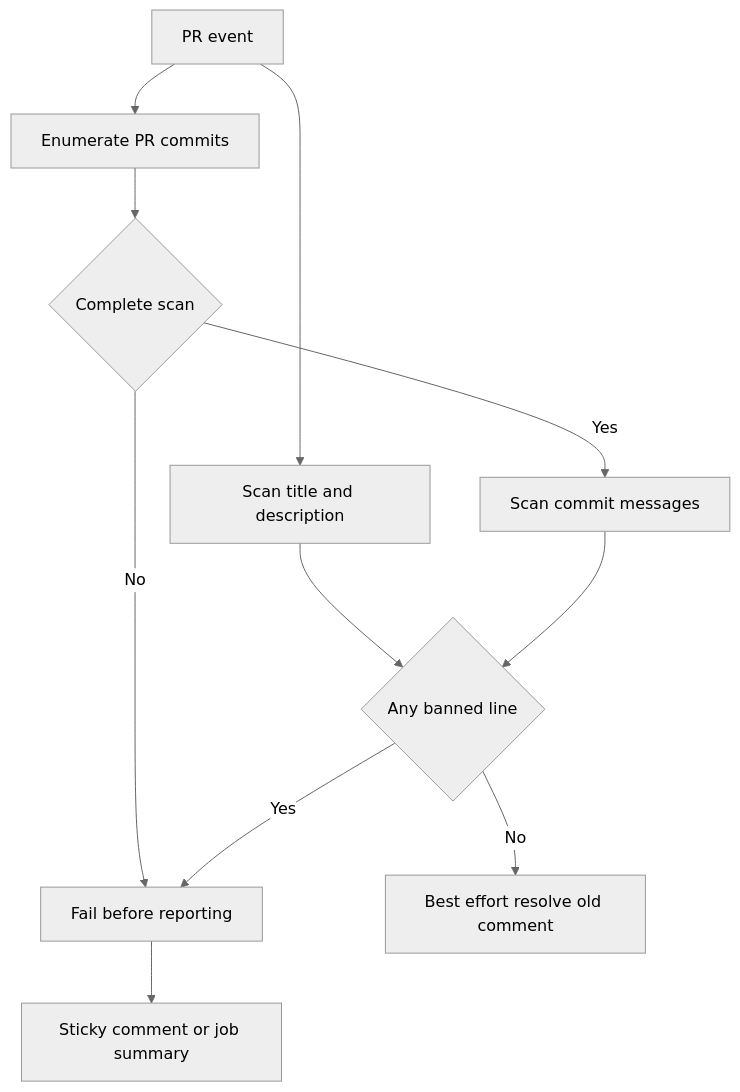
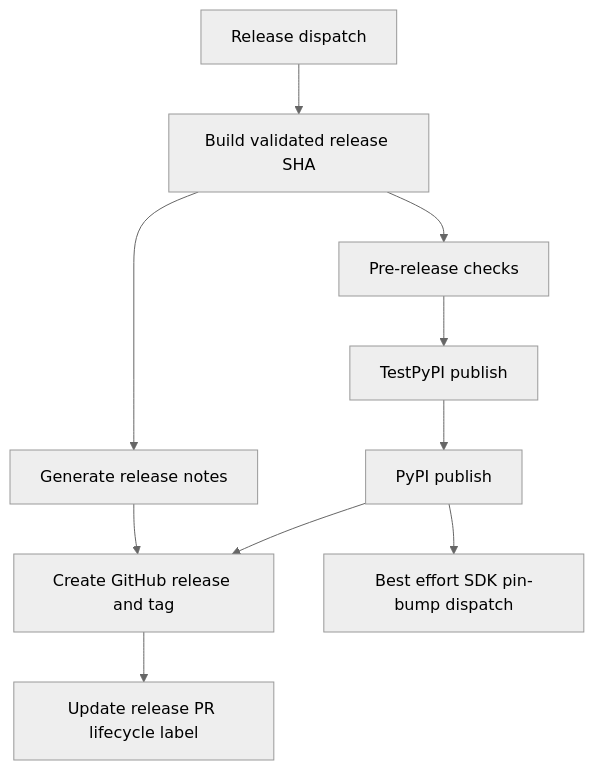
One commit to langchain-ai/deepagents changed the second of 2 diagrams in openwiki/operations/ci-labeling.md. Above: the diagram before and after it, drawn with Mermaid (neutral theme). The commit also changed other lines of this file and 34 other files, not shown here.

````diff
--- a/openwiki/operations/ci-labeling.md
+++ b/openwiki/operations/ci-labeling.md
@@ -163,13 +123,12 @@
 ```mermaid
 flowchart TD
-    Event["PR event"] --> Squash["Scan title and description"]
-    Event --> List["Enumerate PR commits"]
-    List --> Complete{"Complete scan"}
-    Complete -->|"No"| Fail["Fail before reporting"]
-    Complete -->|"Yes"| Commit["Scan commit messages"]
-    Squash --> Match{"Any banned line"}
-    Commit --> Match
-    Match -->|"No"| Clear["Best effort resolve old comment"]
-    Match -->|"Yes"| Fail
-    Fail --> Report["Sticky comment or job summary"]
+    Dispatch["Release dispatch"] --> Build["Build validated release SHA"]
+    Build --> Checks["Pre-release checks"]
+    Build --> Notes["Generate release notes"]
+    Checks --> TestPyPI["TestPyPI publish"]
+    TestPyPI --> PyPI["PyPI publish"]
+    PyPI --> Tag["Create GitHub release and tag"]
+    Notes --> Tag
+    Tag --> Labels["Update release PR lifecycle label"]
+    PyPI --> Pin["Best effort SDK pin-bump dispatch"]
 ```
````
